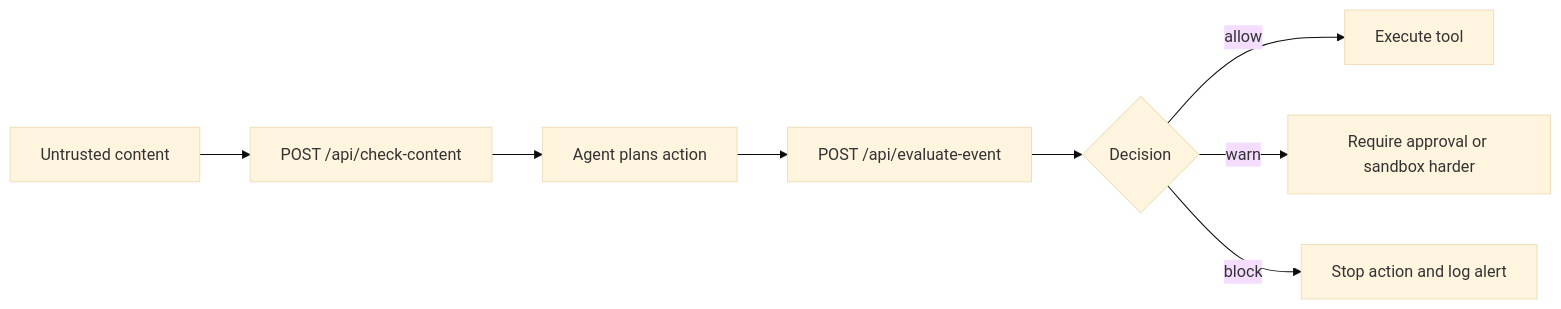
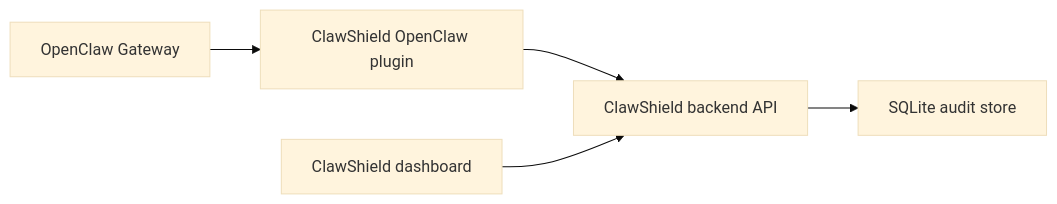
One commit to Wenlin-Chen/ClawShield changed the diagram in docs/openclaw-integration.md. Above: the diagram before and after it, drawn with Mermaid (base theme). The commit also changed other lines of this file and 18 other files, not shown here.

````diff
--- a/docs/openclaw-integration.md
+++ b/docs/openclaw-integration.md
@@ -99,10 +11,7 @@
 ```mermaid
 flowchart LR
-    A["Untrusted content"] --> B["POST /api/check-content"]
-    B --> C["Agent plans action"]
-    C --> D["POST /api/evaluate-event"]
-    D --> E{"Decision"}
-    E -->|"allow"| F["Execute tool"]
-    E -->|"warn"| G["Require approval or sandbox harder"]
-    E -->|"block"| H["Stop action and log alert"]
+    A["OpenClaw Gateway"] --> B["ClawShield OpenClaw plugin"]
+    B --> C["ClawShield backend API"]
+    C --> D["SQLite audit store"]
+    E["ClawShield dashboard"] --> C
 ```
````
